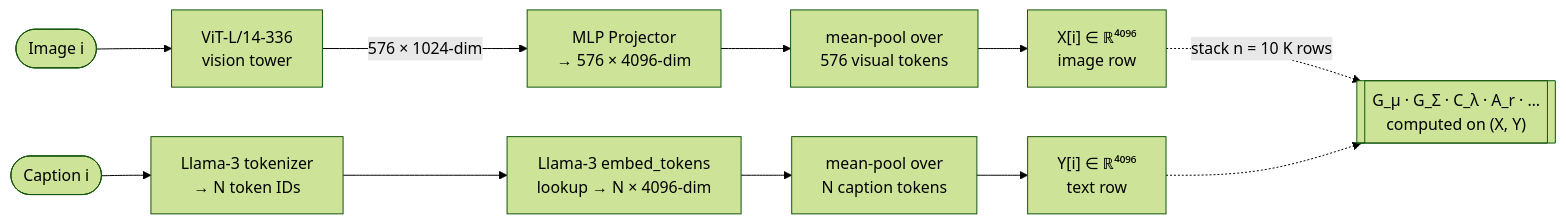
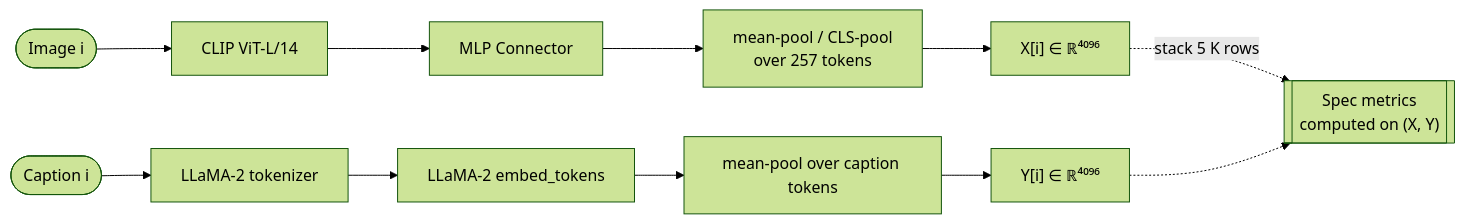
The second of 2 diagrams in README.md (hassineElghazel/LLAMA_modality_gap), drawn with Mermaid (forest theme) before and after one commit. The commit also changed other lines of this file and 50 other files, not shown here.

````diff
--- a/README.md
+++ b/README.md
@@ -89,15 +70,15 @@
 ```mermaid
 flowchart LR
-    IMG([Image i]) --> VT["ViT-L/14-336<br/>vision tower"]
-    VT -->|"576 × 1024-dim"| PROJ["MLP Projector<br/>→ 576 × 4096-dim"]
-    PROJ --> MPI["mean-pool over<br/>576 visual tokens"]
-    MPI --> XI["X[i] ∈ ℝ⁴⁰⁹⁶<br/>image row"]
+    IMG([Image i]) --> VT["CLIP ViT-L/14"]
+    VT --> PROJ["MLP Connector"]
+    PROJ --> POOL1["mean-pool / CLS-pool<br/>over 257 tokens"]
+    POOL1 --> XI["X[i] ∈ ℝ⁴⁰⁹⁶"]
 
-    CAP([Caption i]) --> TOK["Llama-3 tokenizer<br/>→ N token IDs"]
-    TOK --> EMB["Llama-3 embed_tokens<br/>lookup → N × 4096-dim"]
-    EMB --> MPT["mean-pool over<br/>N caption tokens"]
-    MPT --> YI["Y[i] ∈ ℝ⁴⁰⁹⁶<br/>text row"]
+    CAP([Caption i]) --> TOK["LLaMA-2 tokenizer"]
+    TOK --> EMB["LLaMA-2 embed_tokens"]
+    EMB --> POOL2["mean-pool over caption tokens"]
+    POOL2 --> YI["Y[i] ∈ ℝ⁴⁰⁹⁶"]
 
-    XI -.->|"stack n = 10 K rows"| GAP2[["G_μ · G_Σ · C_λ · A_r · …<br/>computed on (X, Y)"]]
-    YI -.-> GAP2
+    XI -.->|"stack 5 K rows"| METRICS[["Spec metrics<br/>computed on (X, Y)"]]
+    YI -.-> METRICS
 ```
````
